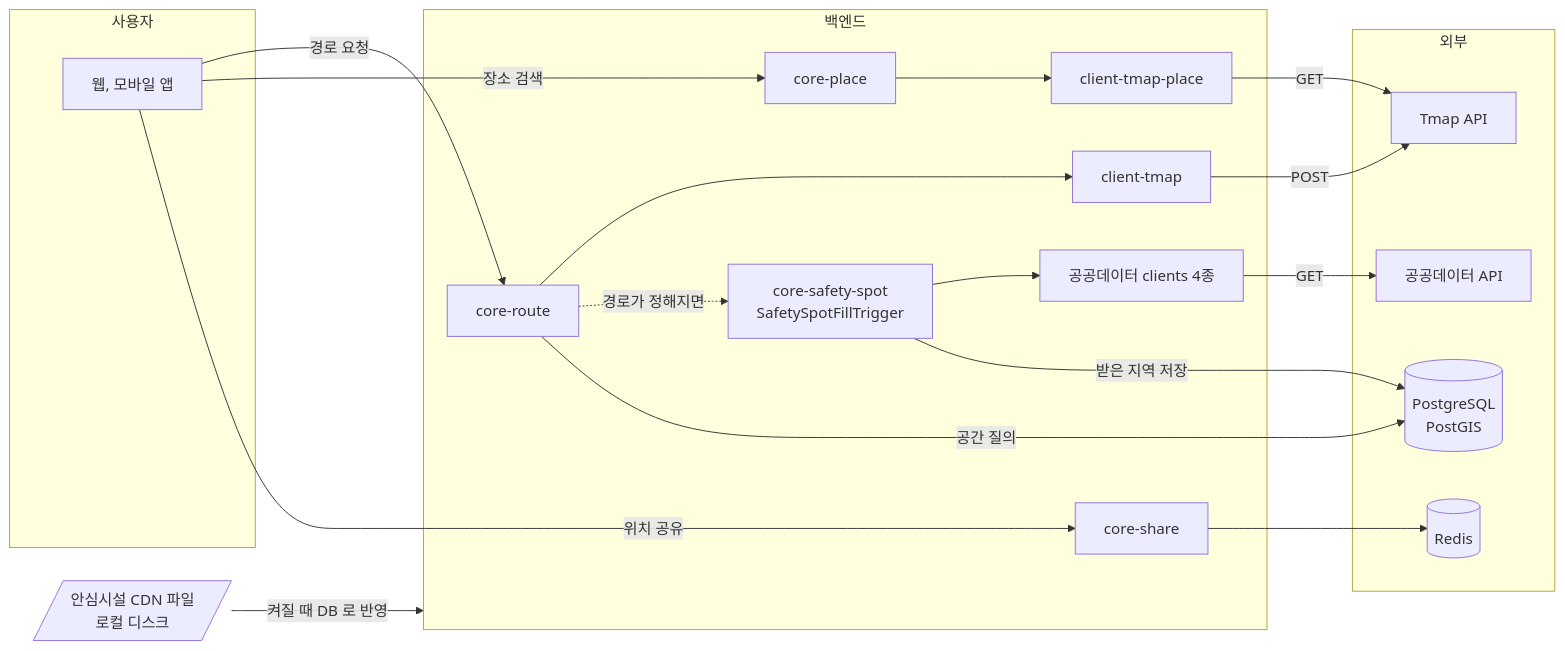
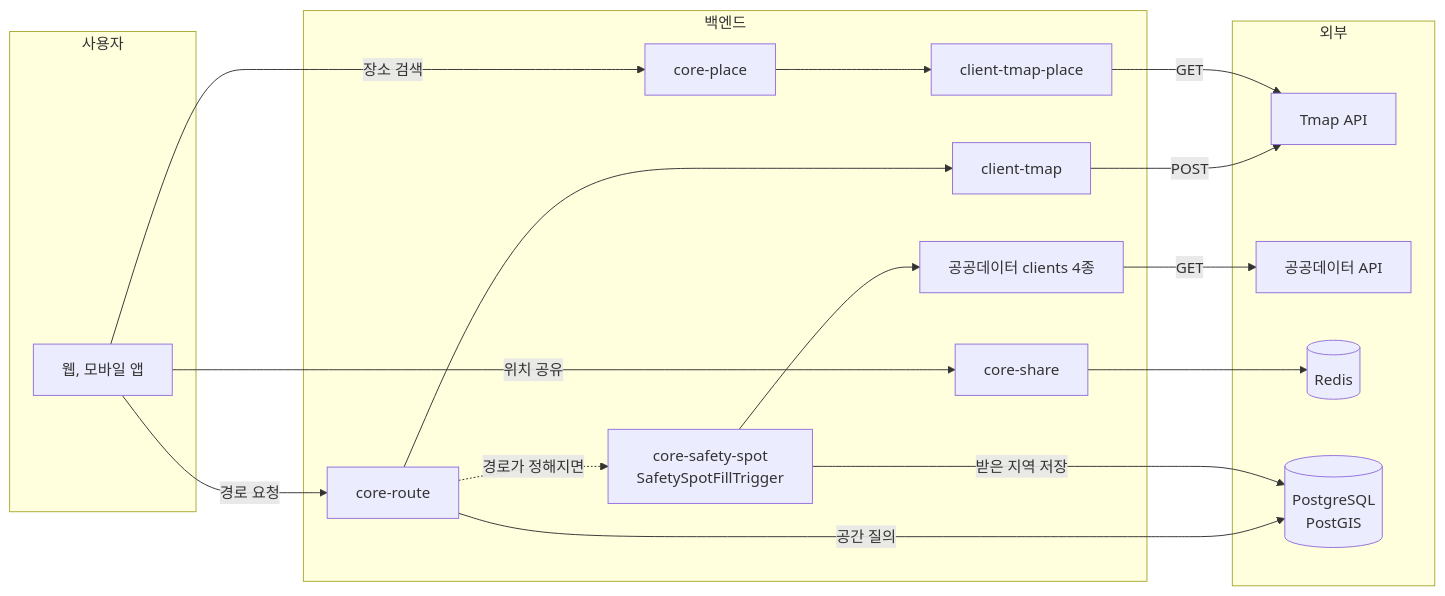
Before and after one commit to soo-ai-agent/bueongi-backend: the first of 2 diagrams in docs/EXTERNAL_SERVICES.md, drawn with Mermaid. The commit also changed other lines of this file and 16 other files, not shown here.

````diff
--- a/docs/EXTERNAL_SERVICES.md
+++ b/docs/EXTERNAL_SERVICES.md
@@ -39,30 +38,28 @@
 ```mermaid
 flowchart LR
     subgraph 사용자
         FE[웹, 모바일 앱]
     end
     subgraph 백엔드["백엔드"]
         RC[core-route]
         PC[core-place]
         SH[core-share]
         SS[core-safety-spot<br/>SafetySpotFillTrigger]
         TM[client-tmap]
         TP[client-tmap-place]
         PUB[공공데이터 clients 4종]
     end
     subgraph 외부
         TMAP[Tmap API]
         GOV[공공데이터 API]
         REDIS[(Redis)]
         PG[(PostgreSQL<br/>PostGIS)]
     end
-    FILES[/안심시설 CDN 파일<br/>로컬 디스크/]
 
     FE -->|경로 요청| RC --> TM -->|POST| TMAP
     RC -. 경로가 정해지면 .-> SS --> PUB -->|GET| GOV
     FE -->|장소 검색| PC --> TP -->|GET| TMAP
     FE -->|위치 공유| SH --> REDIS
-    FILES -->|켜질 때 DB 로 반영| 백엔드
     RC -->|공간 질의| PG
     SS -->|받은 지역 저장| PG
 ```
````
